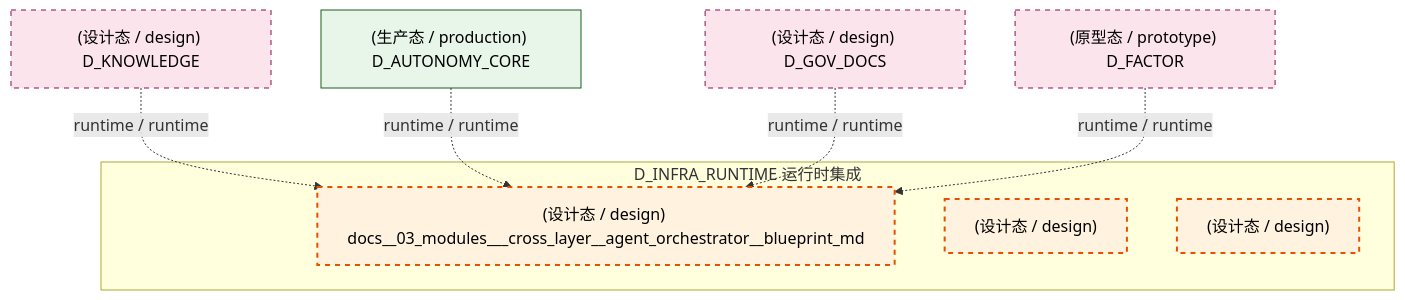
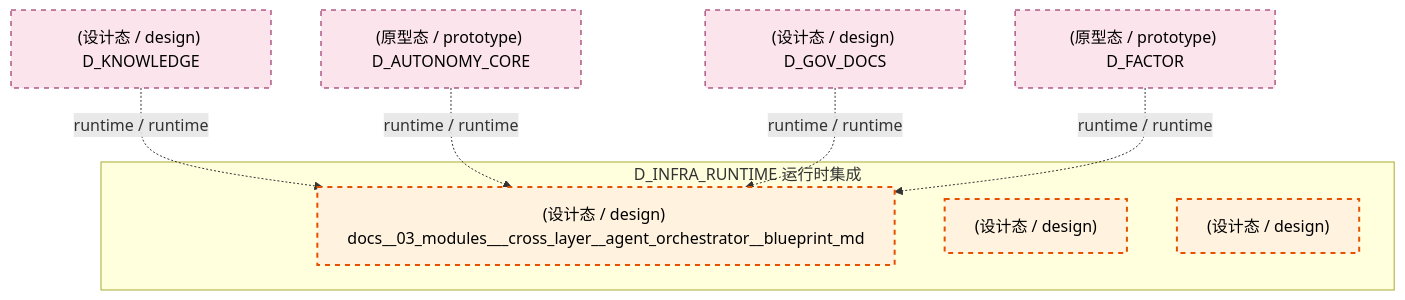
Diagram 13 of 15 in docs/02_enterprise_architecture/02_domain_architecture_docs/04_d_infra_runtime.md (xuanFelixVan/ZephyrAlpha), drawn with Mermaid before and after one commit. The commit also changed other lines of this file and 112 other files, not shown here.

````diff
--- a/docs/02_enterprise_architecture/02_domain_architecture_docs/04_d_infra_runtime.md
+++ b/docs/02_enterprise_architecture/02_domain_architecture_docs/04_d_infra_runtime.md
@@ -1584,23 +1583,22 @@
 ```mermaid
 graph TD
     subgraph D_INFRA_RUNTIME["D_INFRA_RUNTIME 运行时集成"]
         docs_03_modules_cross_layer_agent_orchestrator_blueprint_md["(设计态 / design) docs__03_modules___cross_layer__agent_orchestrator__blueprint_md"]
         docs_03_modules_cross_layer_shared_core_contracts_blueprint_md["(设计态 / design) "]
         docs_03_modules_cross_layer_shared_core_shared_infra_blueprint_md["(设计态 / design) "]
     end
     D_KNOWLEDGE["(设计态 / design) D_KNOWLEDGE"]
     D_KNOWLEDGE -.->|runtime / runtime| docs_03_modules_cross_layer_agent_orchestrator_blueprint_md
-    D_AUTONOMY_CORE["(生产态 / production) D_AUTONOMY_CORE"]
+    D_AUTONOMY_CORE["(原型态 / prototype) D_AUTONOMY_CORE"]
     D_AUTONOMY_CORE -.->|runtime / runtime| docs_03_modules_cross_layer_agent_orchestrator_blueprint_md
     D_GOV_DOCS["(设计态 / design) D_GOV_DOCS"]
     D_GOV_DOCS -.->|runtime / runtime| docs_03_modules_cross_layer_agent_orchestrator_blueprint_md
     D_FACTOR["(原型态 / prototype) D_FACTOR"]
     D_FACTOR -.->|runtime / runtime| docs_03_modules_cross_layer_agent_orchestrator_blueprint_md
     classDef production fill:#e1f5fe,stroke:#01579b,stroke-width:2px,color:#000
     classDef design fill:#fff3e0,stroke:#e65100,stroke-width:2px,color:#000,stroke-dasharray: 5 5
     classDef external_prod fill:#e8f5e9,stroke:#1b5e20,stroke-width:1px,color:#000
     classDef external_design fill:#fce4ec,stroke:#880e4f,stroke-width:1px,color:#000,stroke-dasharray: 5 5
     class docs_03_modules_cross_layer_agent_orchestrator_blueprint_md,docs_03_modules_cross_layer_shared_core_contracts_blueprint_md,docs_03_modules_cross_layer_shared_core_shared_infra_blueprint_md design
-    class D_AUTONOMY_CORE external_prod
-    class D_KNOWLEDGE,D_GOV_DOCS,D_FACTOR external_design
+    class D_KNOWLEDGE,D_AUTONOMY_CORE,D_GOV_DOCS,D_FACTOR external_design
 ```
````
